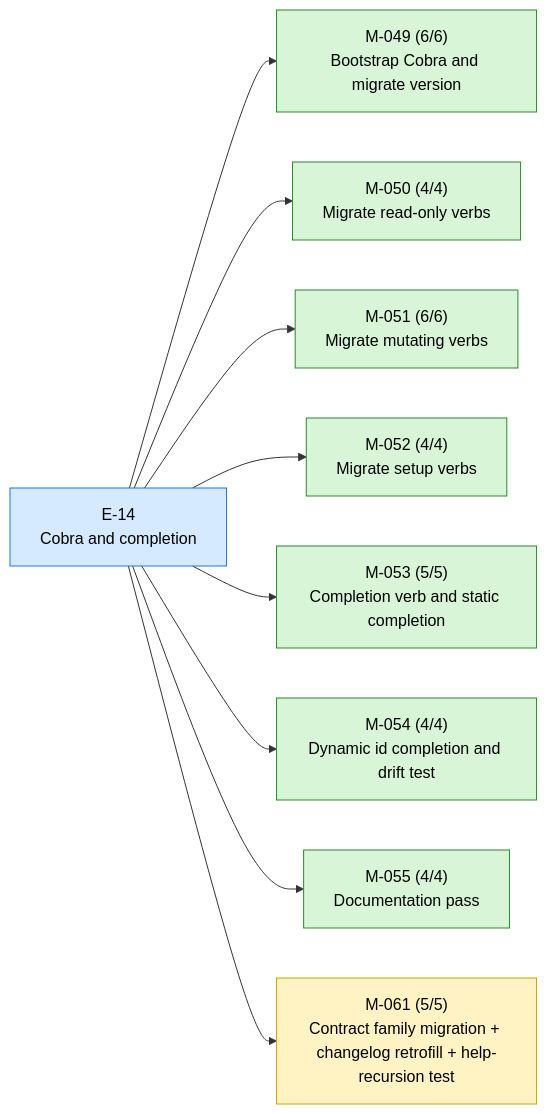
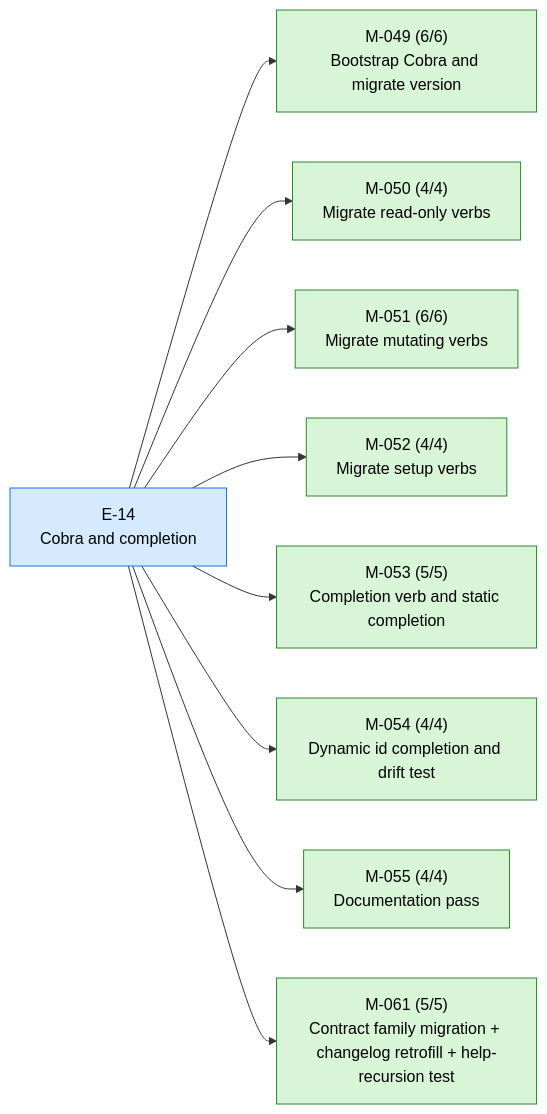
One commit to 23min/aiwf changed the first of 2 diagrams in STATUS.md. Above: the diagram before and after it, drawn with Mermaid. The commit also changed other lines of this file and 1 other file, not shown here.

First line of the commit message:
aiwf promote M-061 in_progress -> done

````diff
--- a/STATUS.md
+++ b/STATUS.md
@@ -18,26 +18,26 @@
 ```mermaid
 flowchart LR
   E_14["E-14<br/>Cobra and completion"]:::epic_active
   M_049["M-049 (6/6)<br/>Bootstrap Cobra and migrate version"]:::ms_done
   E_14 --> M_049
   M_050["M-050 (4/4)<br/>Migrate read-only verbs"]:::ms_done
   E_14 --> M_050
   M_051["M-051 (6/6)<br/>Migrate mutating verbs"]:::ms_done
   E_14 --> M_051
   M_052["M-052 (4/4)<br/>Migrate setup verbs"]:::ms_done
   E_14 --> M_052
   M_053["M-053 (5/5)<br/>Completion verb and static completion"]:::ms_done
   E_14 --> M_053
   M_054["M-054 (4/4)<br/>Dynamic id completion and drift test"]:::ms_done
   E_14 --> M_054
   M_055["M-055 (4/4)<br/>Documentation pass"]:::ms_done
   E_14 --> M_055
-  M_061["M-061 (5/5)<br/>Contract family migration + changelog retrofill + help-recursion test"]:::ms_in_progress
+  M_061["M-061 (5/5)<br/>Contract family migration + changelog retrofill + help-recursion test"]:::ms_done
   E_14 --> M_061
   classDef epic_active fill:#d6eaff,stroke:#1a73e8,color:#000
   classDef epic_proposed fill:#f4f4f4,stroke:#888,color:#000
   classDef ms_done fill:#d8f5d8,stroke:#2a8a2a,color:#000
   classDef ms_in_progress fill:#fff3c4,stroke:#caa400,color:#000
   classDef ms_draft fill:#f4f4f4,stroke:#888,color:#000
   classDef ms_cancelled fill:#fbeaea,stroke:#c33,color:#000
 ```
````
